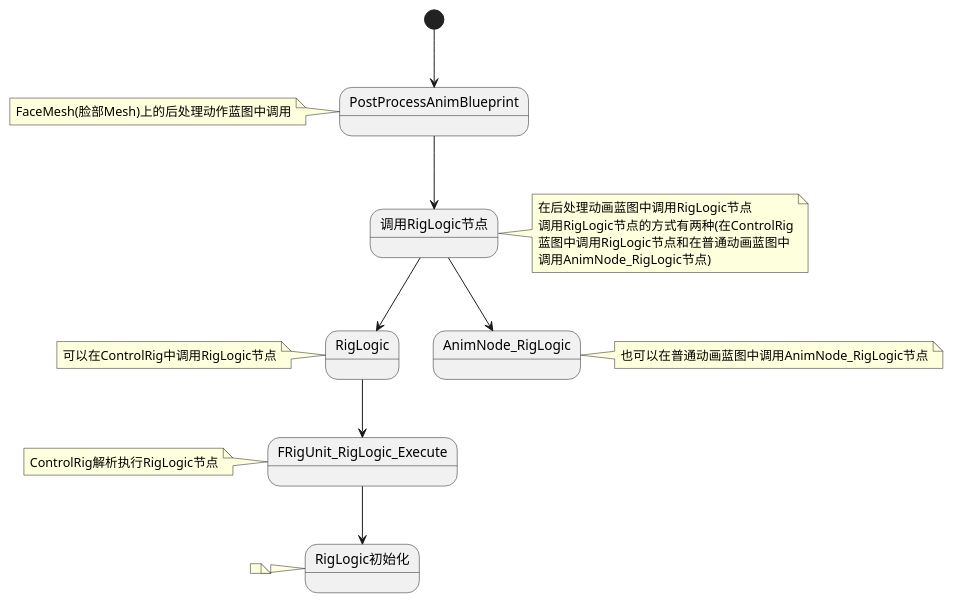
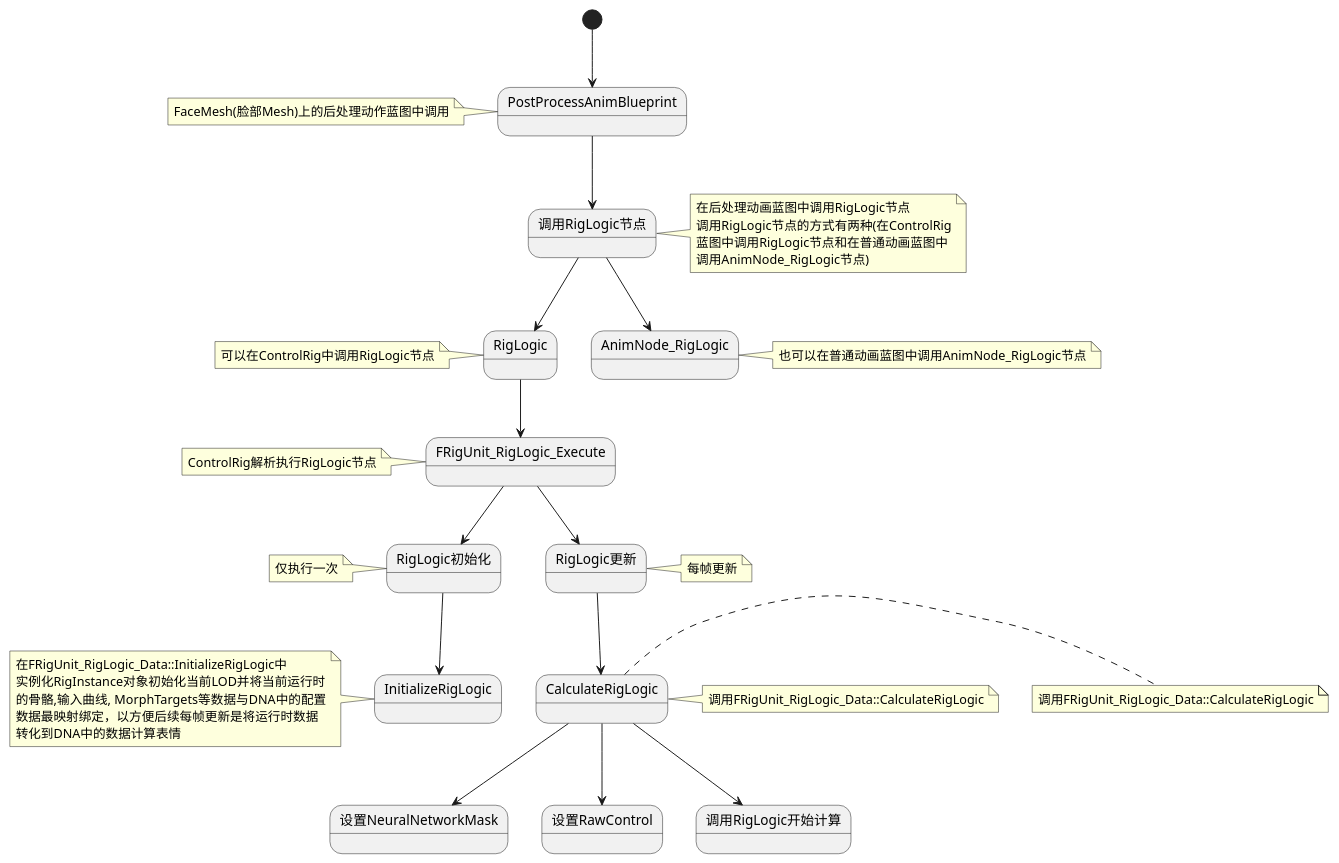
The diagram in UnrealEngine/MetaHuman/4. RigLogic.md (MibuWolf/Notes), drawn with PlantUML before and after one commit. The commit also changed other lines of this file and 4 other files, not shown here.

````diff
--- a/UnrealEngine/MetaHuman/4. RigLogic.md
+++ b/UnrealEngine/MetaHuman/4. RigLogic.md
@@ -58,40 +25,66 @@
 ``` plantuml
 @startuml
 
 [*] --> PostProcessAnimBlueprint
 PostProcessAnimBlueprint --> 调用RigLogic节点
-
 note left of PostProcessAnimBlueprint : FaceMesh(脸部Mesh)上的后处理动作蓝图中调用
 
 note right of 调用RigLogic节点
 在后处理动画蓝图中调用RigLogic节点
 调用RigLogic节点的方式有两种(在ControlRig
 蓝图中调用RigLogic节点和在普通动画蓝图中
 调用AnimNode_RigLogic节点)
 end note
 
 调用RigLogic节点 --> RigLogic
-
 note left of RigLogic
 可以在ControlRig中调用RigLogic节点
 end note
 
 调用RigLogic节点 --> AnimNode_RigLogic
 note right of AnimNode_RigLogic
 也可以在普通动画蓝图中调用AnimNode_RigLogic节点
 end note
 
 RigLogic --> FRigUnit_RigLogic_Execute
 note left of FRigUnit_RigLogic_Execute
 ControlRig解析执行RigLogic节点
 end note
 
 FRigUnit_RigLogic_Execute --> RigLogic初始化
 note left of RigLogic初始化
-
+仅执行一次
 end note
 
+RigLogic初始化 --> InitializeRigLogic
+note left of InitializeRigLogic
+在FRigUnit_RigLogic_Data::InitializeRigLogic中
+实例化RigInstance对象初始化当前LOD并将当前运行时
+的骨骼,输入曲线, MorphTargets等数据与DNA中的配置
+数据最映射绑定，以方便后续每帧更新是将运行时数据
+转化到DNA中的数据计算表情
+end note
+
+FRigUnit_RigLogic_Execute --> RigLogic更新
+note right of RigLogic更新
+每帧更新
+end note
+
+RigLogic更新 --> CalculateRigLogic
+note right of CalculateRigLogic
+调用FRigUnit_RigLogic_Data::CalculateRigLogic
+end note
+
+CalculateRigLogic --> 设置NeuralNetworkMask
+note right of CalculateRigLogic
+调用FRigUnit_RigLogic_Data::CalculateRigLogic
+end note
+
+CalculateRigLogic --> 设置RawControl
+
+
+CalculateRigLogic --> 调用RigLogic开始计算
 
 @enduml
 
 ```
````
